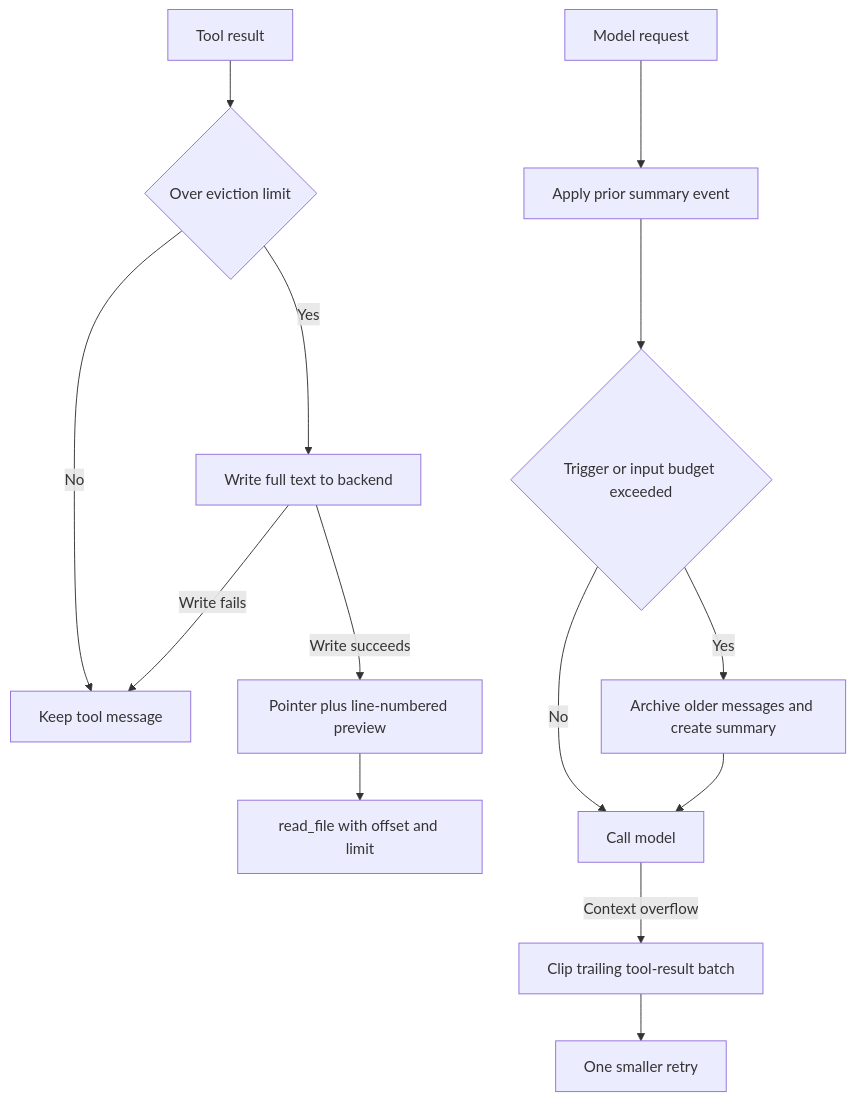
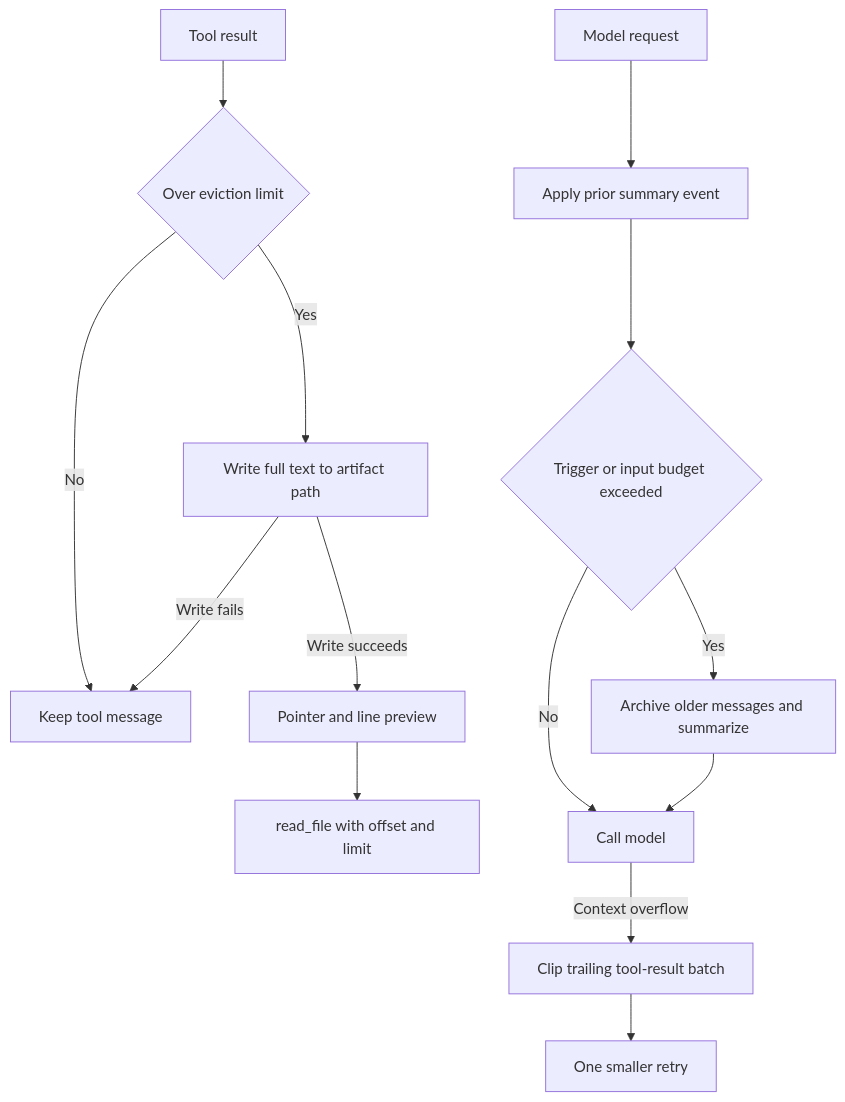
The diagram in openwiki/concepts/context-management.md (langchain-ai/deepagents), drawn with Mermaid before and after one commit. The commit also changed other lines of this file and 22 other files, not shown here.

````diff
--- a/openwiki/concepts/context-management.md
+++ b/openwiki/concepts/context-management.md
@@ -35,16 +39,16 @@
 ```mermaid
 flowchart TD
-    Result["Tool result"] --> Size{"Over eviction limit"}
-    Size -->|No| Keep["Keep tool message"]
-    Size -->|Yes| Save["Write full text to backend"]
-    Save -->|Write fails| Keep
-    Save -->|Write succeeds| Stub["Pointer plus line-numbered preview"]
+    Result["Tool result"] --> ResultLimit{"Over eviction limit"}
+    ResultLimit -->|No| KeepResult["Keep tool message"]
+    ResultLimit -->|Yes| StoreResult["Write full text to artifact path"]
+    StoreResult -->|Write fails| KeepResult
+    StoreResult -->|Write succeeds| ResultStub["Pointer and line preview"]
     Request["Model request"] --> Effective["Apply prior summary event"]
     Effective --> Budget{"Trigger or input budget exceeded"}
-    Budget -->|No| Call["Call model"]
-    Budget -->|Yes| Compact["Archive older messages and create summary"]
-    Compact --> Call
-    Call -->|Context overflow| Clip["Clip trailing tool-result batch"]
+    Budget -->|No| Model["Call model"]
+    Budget -->|Yes| Compact["Archive older messages and summarize"]
+    Compact --> Model
+    Model -->|Context overflow| Clip["Clip trailing tool-result batch"]
     Clip --> Retry["One smaller retry"]
-    Stub --> Read["read_file with offset and limit"]
+    ResultStub --> Recover["read_file with offset and limit"]
 ```
````
